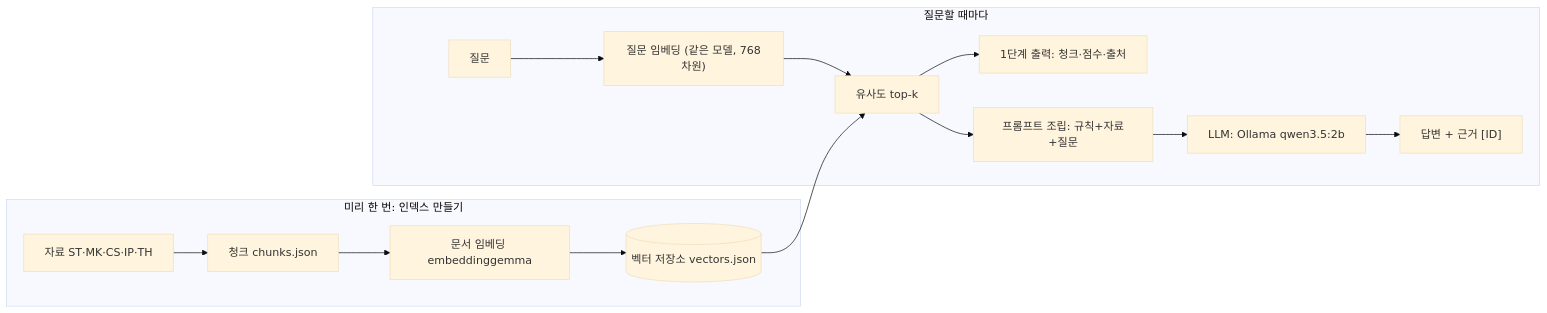
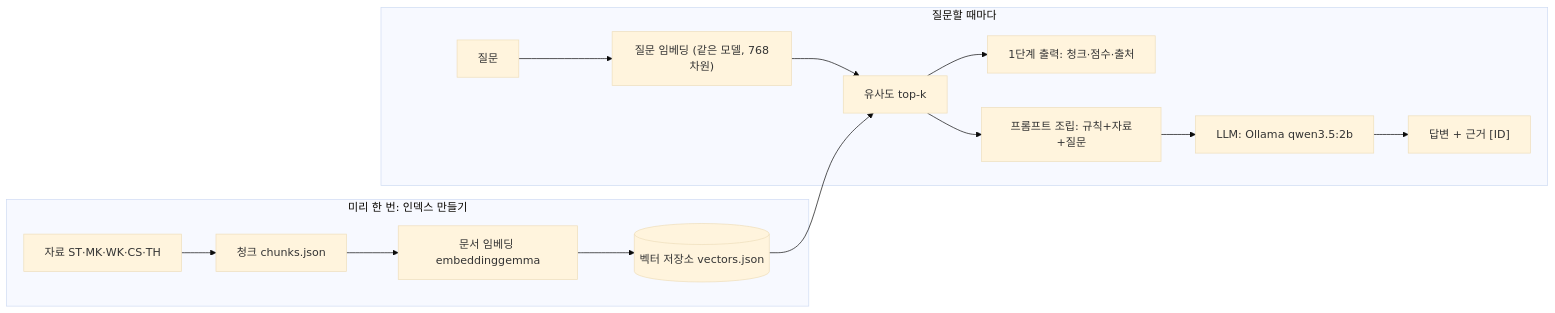
One commit to Lightnine999/ip-guide-rag changed the diagram in PRD.md. Above: the diagram before and after it, drawn with Mermaid (base theme). The commit also changed other lines of this file and 15 other files, not shown here.

````diff
--- a/PRD.md
+++ b/PRD.md
@@ -151,12 +148,12 @@
 ```mermaid
 flowchart LR
     subgraph IDX["미리 한 번: 인덱스 만들기"]
-        A["자료 ST·MK·CS·IP·TH"] --> B["청크 chunks.json"] --> C["문서 임베딩 embeddinggemma"] --> D[("벡터 저장소 vectors.json")]
+        A["자료 ST·MK·WK·CS·TH"] --> B["청크 chunks.json"] --> C["문서 임베딩 embeddinggemma"] --> D[("벡터 저장소 vectors.json")]
     end
     subgraph Q["질문할 때마다"]
         Q1["질문"] --> Q2["질문 임베딩 (같은 모델, 768차원)"] --> Q3["유사도 top-k"]
         D --> Q3
         Q3 --> S1["1단계 출력: 청크·점수·출처"]
         Q3 --> P["프롬프트 조립: 규칙+자료+질문"] --> L["LLM: Ollama qwen3.5:2b"] --> ANS["답변 + 근거 [ID]"]
     end
 ```
````
